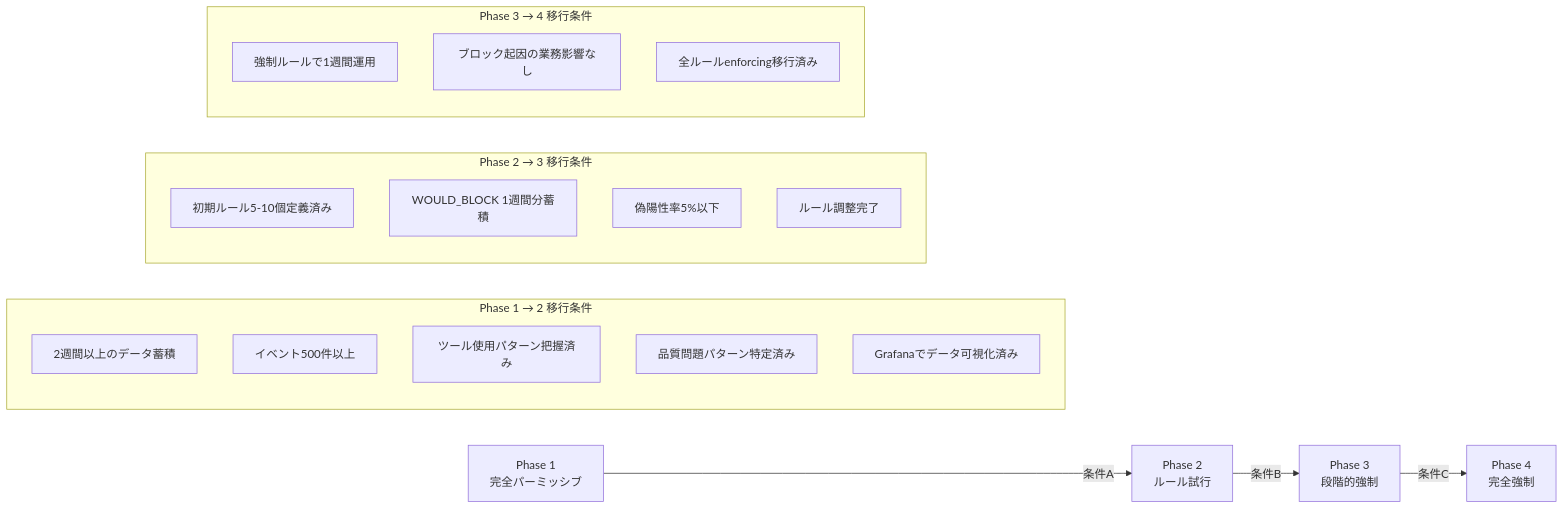
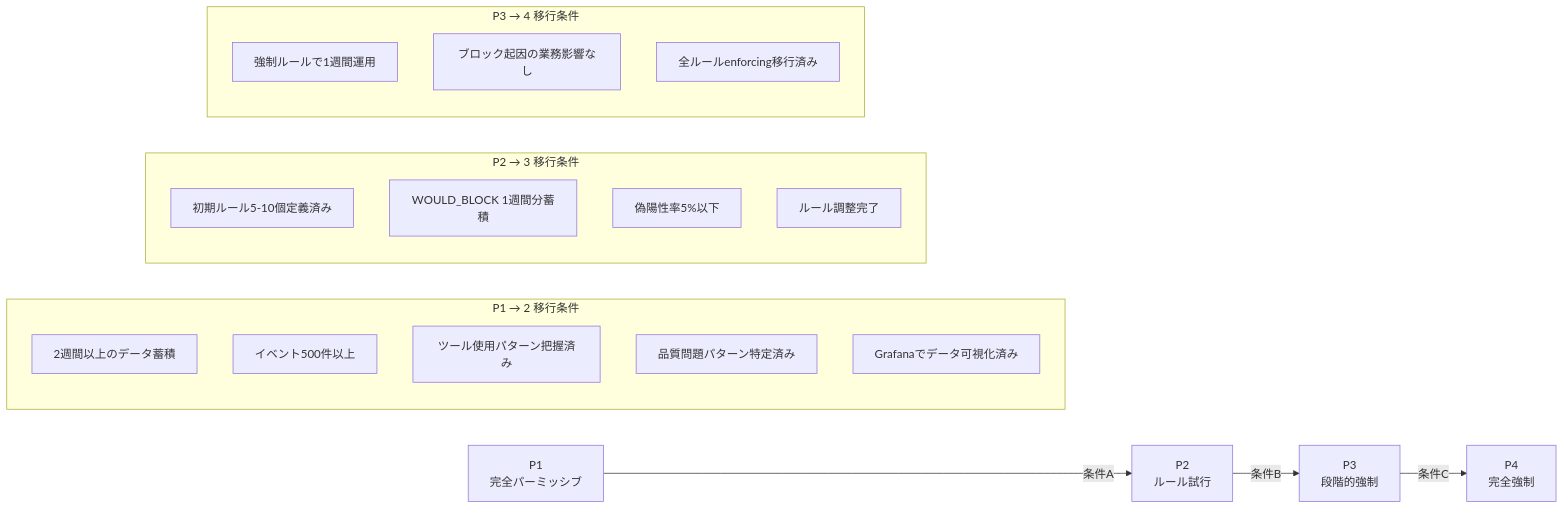
One commit to engineers-hub-ltd-in-house-project/harness-cockpit changed the second of 2 diagrams in docs/operations/04-daily-operations.md. Above: the diagram before and after it, drawn with Mermaid. The commit also changed other lines of this file and 6 other files, not shown here.

````diff
--- a/docs/operations/04-daily-operations.md
+++ b/docs/operations/04-daily-operations.md
@@ -244,32 +244,32 @@
 ```mermaid
 graph LR
-    P1["Phase 1<br/>完全パーミッシブ"]
-    P2["Phase 2<br/>ルール試行"]
-    P3["Phase 3<br/>段階的強制"]
-    P4["Phase 4<br/>完全強制"]
+    P1["P1<br/>完全パーミッシブ"]
+    P2["P2<br/>ルール試行"]
+    P3["P3<br/>段階的強制"]
+    P4["P4<br/>完全強制"]
 
     P1 -->|"条件A"| P2
     P2 -->|"条件B"| P3
     P3 -->|"条件C"| P4
 
-    subgraph 条件A ["Phase 1 → 2 移行条件"]
+    subgraph 条件A ["P1 → 2 移行条件"]
         A1["2週間以上のデータ蓄積"]
         A2["イベント500件以上"]
         A3["ツール使用パターン把握済み"]
         A4["品質問題パターン特定済み"]
         A5["Grafanaでデータ可視化済み"]
     end
 
-    subgraph 条件B ["Phase 2 → 3 移行条件"]
+    subgraph 条件B ["P2 → 3 移行条件"]
         B1["初期ルール5-10個定義済み"]
         B2["WOULD_BLOCK 1週間分蓄積"]
         B3["偽陽性率5%以下"]
         B4["ルール調整完了"]
     end
 
-    subgraph 条件C ["Phase 3 → 4 移行条件"]
+    subgraph 条件C ["P3 → 4 移行条件"]
         C1["強制ルールで1週間運用"]
         C2["ブロック起因の業務影響なし"]
         C3["全ルールenforcing移行済み"]
     end
 ```
````
